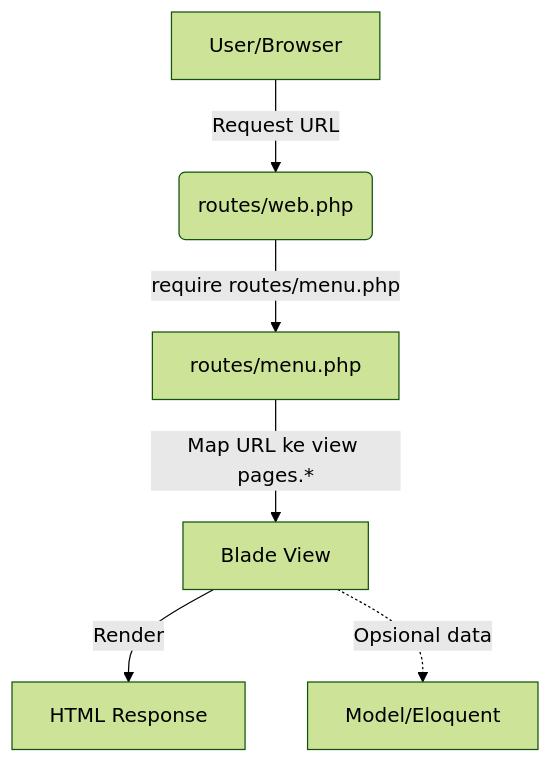
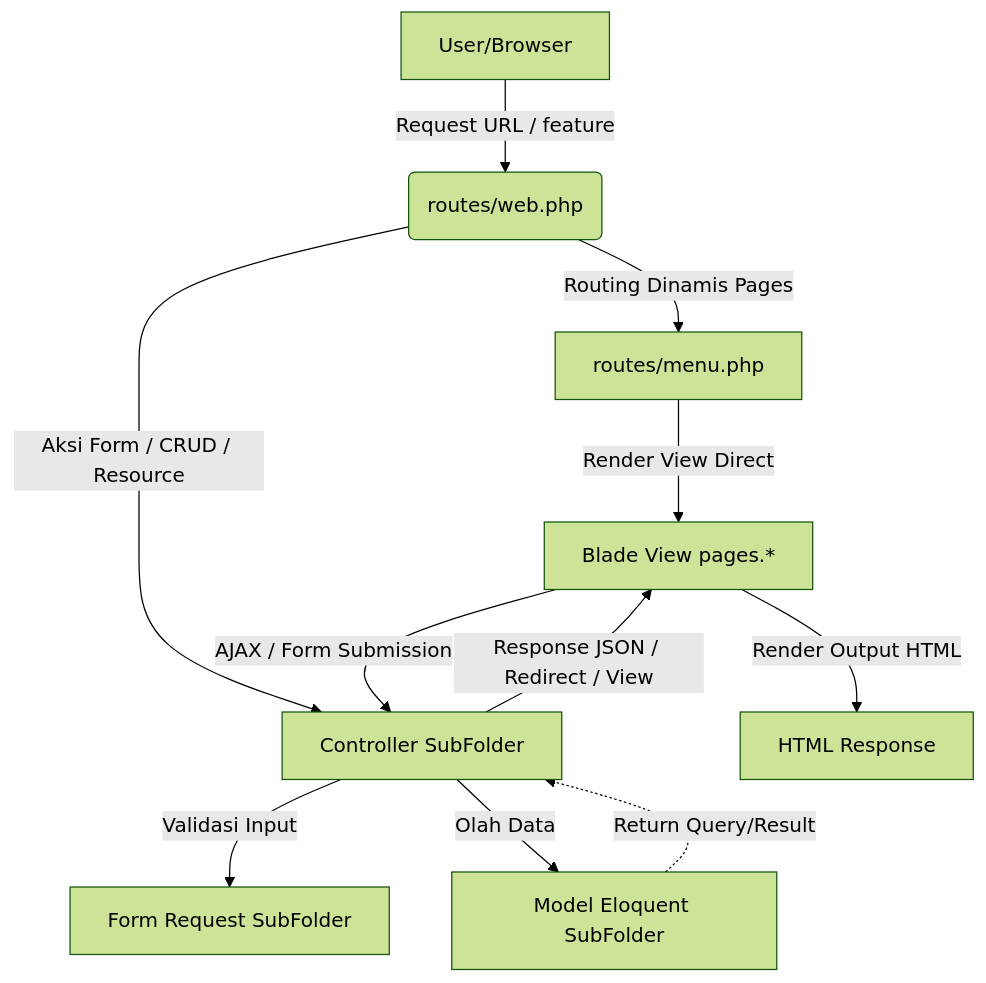
Before and after one commit to AbdoelMadjid/master-webadmin: the diagram in README.md, drawn with Mermaid (forest theme). The commit also changed other lines of this file and 1 other file, not shown here.

````diff
--- a/README.md
+++ b/README.md
@@ -362,8 +362,15 @@
 ```mermaid
 graph TD
-    A[User/Browser] -->|Request URL| B(routes/web.php)
-    B -->|require routes/menu.php| C[routes/menu.php]
-    C -->|Map URL ke view pages.*| D[Blade View]
-    D -->|Render| E[HTML Response]
-    D -.->|Opsional data| F[Model/Eloquent]
+    A[User/Browser] -->|Request URL / feature| B(routes/web.php)
+    B -->|Routing Dinamis Pages| C[routes/menu.php]
+    C -->|Render View Direct| D[Blade View pages.*]
+    
+    B -->|Aksi Form / CRUD / Resource| E[Controller SubFolder]
+    E -->|Validasi Input| F[Form Request SubFolder]
+    E -->|Olah Data| G[Model Eloquent SubFolder]
+    G -.->|Return Query/Result| E
+    E -->|Response JSON / Redirect / View| D
+    
+    D -->|AJAX / Form Submission| E
+    D -->|Render Output HTML| H[HTML Response]
 ```
````
